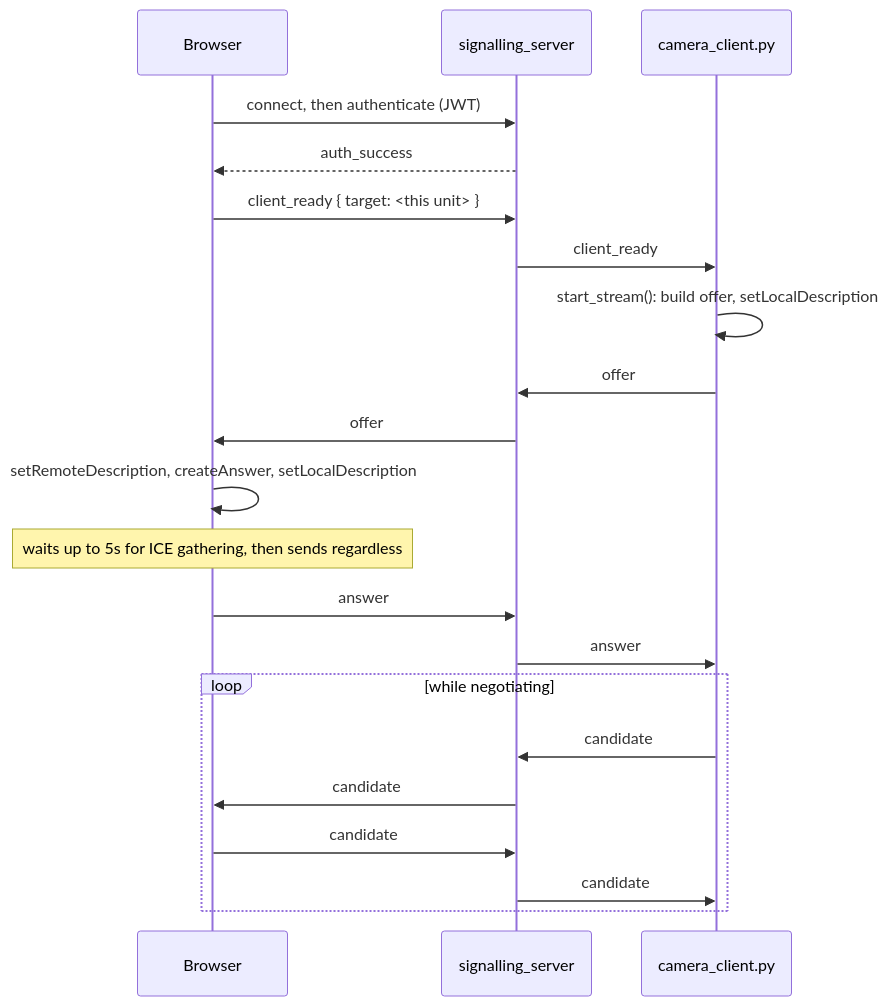
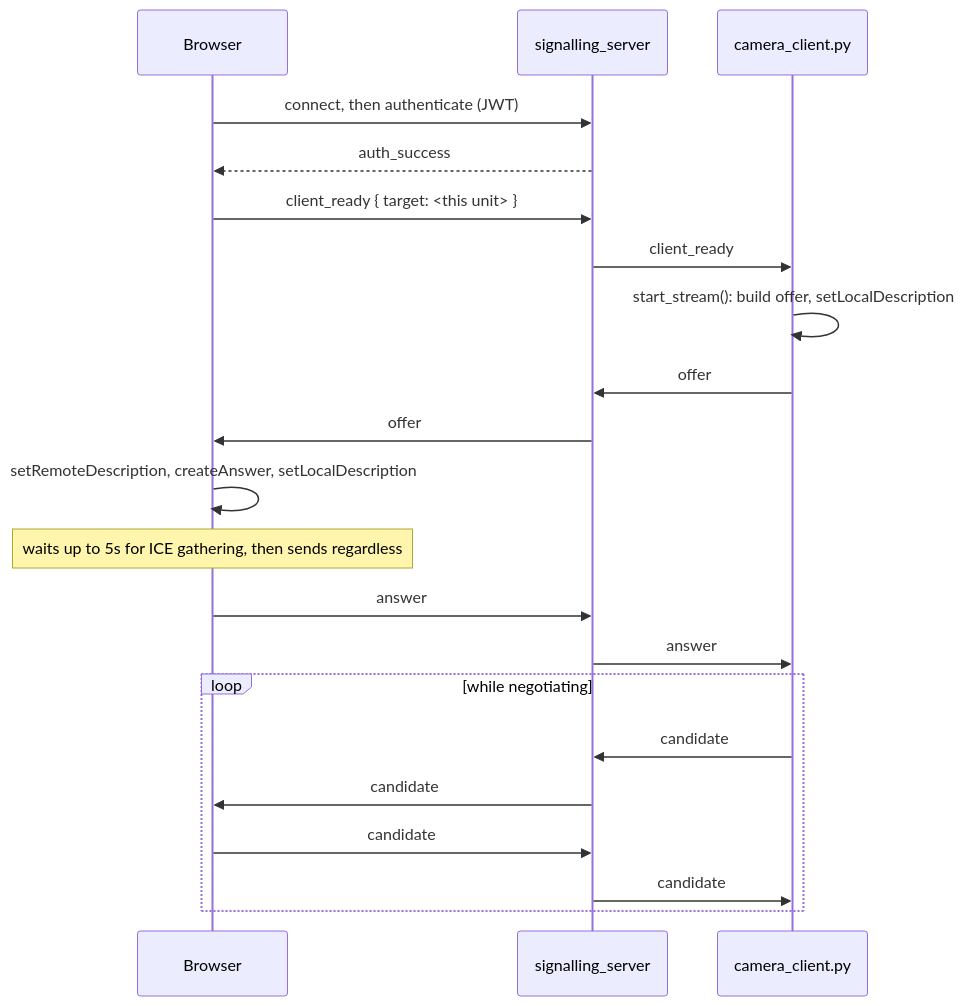
One commit to itbdelaboprogramming/msd700_documentation changed the diagram in docs/development/webui/camera/overview.md. Above: the diagram before and after it, drawn with Mermaid. The commit also changed 148 other files, not shown here.

First line of the commit message:
docs: render all mermaid diagrams to static draw.io-style PNGs

````diff
--- a/docs/development/webui/camera/overview.md
+++ b/docs/development/webui/camera/overview.md
@@ -25,24 +25,24 @@
 ```mermaid
 sequenceDiagram
   participant B as Browser
   participant S as signalling_server
   participant C as camera_client.py
 
   B->>S: connect, then authenticate (JWT)
   S-->>B: auth_success
-  B->>S: client_ready { target: <this unit> }
+  B->>S: client_ready { target: #lt;this unit#gt; }
   S->>C: client_ready
   C->>C: start_stream(): build offer, setLocalDescription
   C->>S: offer
   S->>B: offer
   B->>B: setRemoteDescription, createAnswer, setLocalDescription
   Note over B: waits up to 5s for ICE gathering, then sends regardless
   B->>S: answer
   S->>C: answer
   loop while negotiating
     C->>S: candidate
     S->>B: candidate
     B->>S: candidate
     S->>C: candidate
   end
 ```
````
